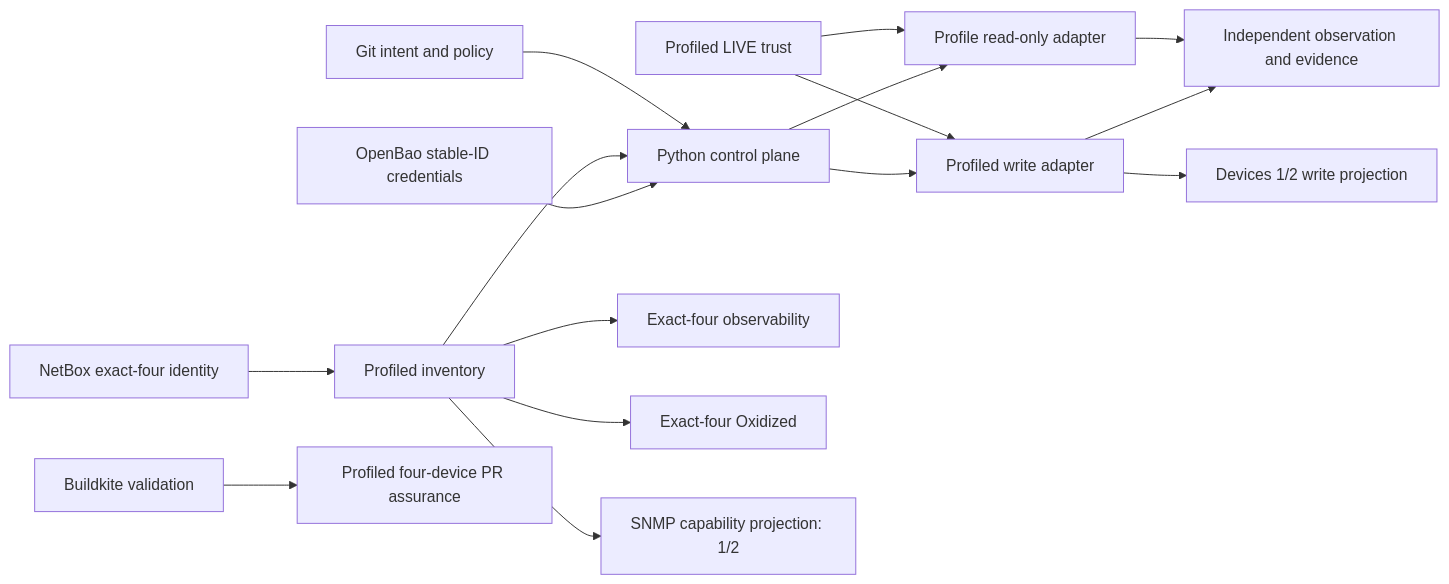
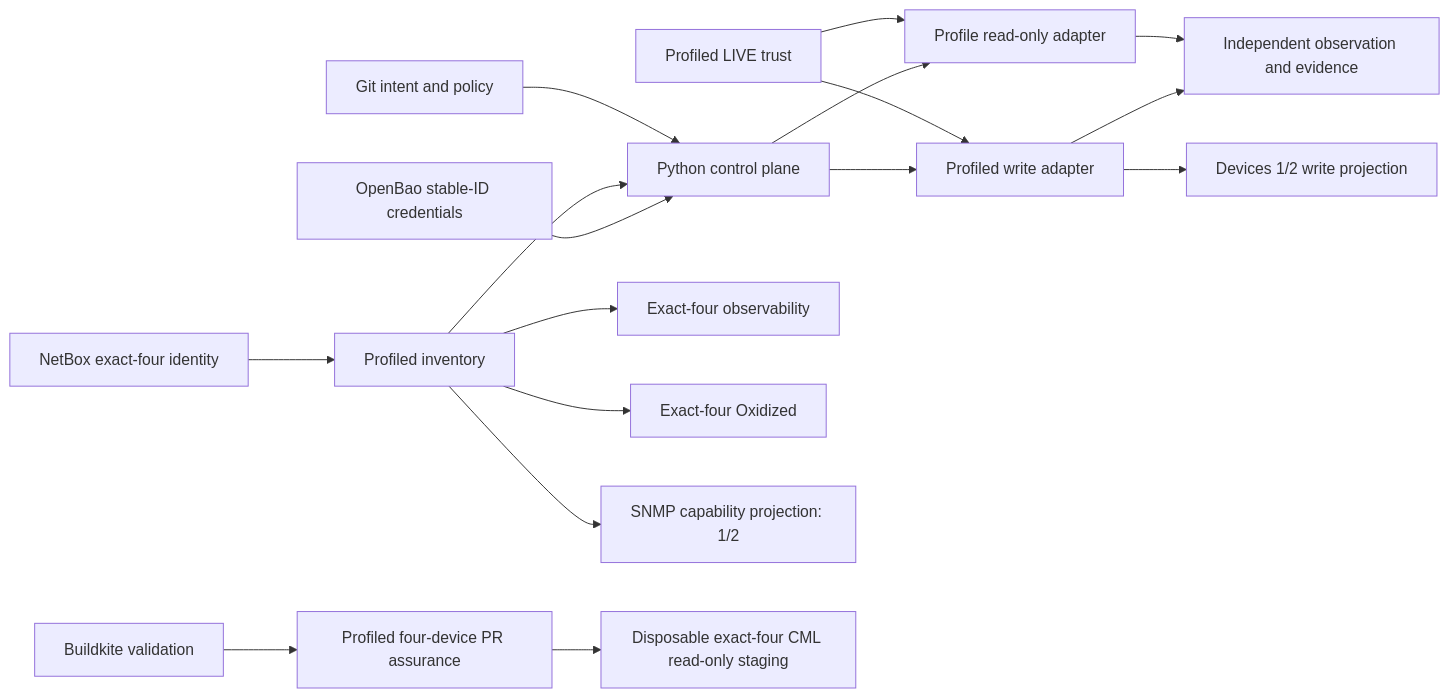
Before and after one commit to Atheer-Kareem/network-change-delivery-platform: the diagram in docs/architecture/overview.md, drawn with Mermaid. The commit also changed other lines of this file and 26 other files, not shown here.

First line of the commit message:
Activate profiled exact-four CML staging gate (#135)

````diff
--- a/docs/architecture/overview.md
+++ b/docs/architecture/overview.md
@@ -8,18 +8,19 @@
 ```mermaid
 flowchart LR
   GH[Git intent and policy] --> PY[Python control plane]
   NB[NetBox exact-four identity] --> PI[Profiled inventory]
   PI --> PY
   OB[OpenBao stable-ID credentials] --> PY
   TR[Profiled LIVE trust] --> RO[Profile read-only adapter]
   TR --> WR[Profiled write adapter]
   PY --> RO
   PY --> WR
   WR --> LV[Devices 1/2 write projection]
   RO --> EV[Independent observation and evidence]
   WR --> EV
   PI --> OBS[Exact-four observability]
   PI --> OX[Exact-four Oxidized]
   PI --> SNMP[SNMP capability projection: 1/2]
   BK[Buildkite validation] --> BA[Profiled four-device PR assurance]
+  BA --> CS[Disposable exact-four CML read-only staging]
 ```
````
